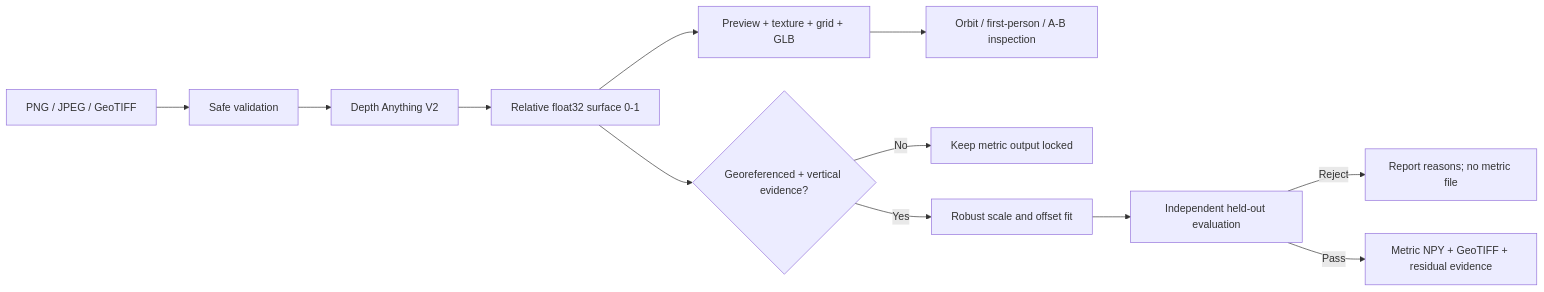
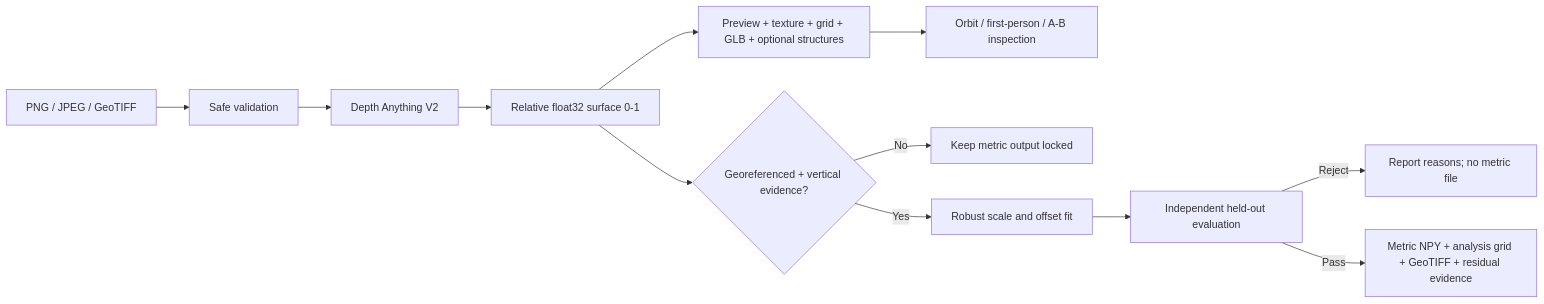
One commit to khansaudferoz23-cpu/TerraFly changed the diagram in docs/cookbook/TERRAFLY_COOKBOOK.md. Above: the diagram before and after it, drawn with Mermaid. The commit also changed other lines of this file and 29 other files, not shown here.

````diff
--- a/docs/cookbook/TERRAFLY_COOKBOOK.md
+++ b/docs/cookbook/TERRAFLY_COOKBOOK.md
@@ -37,14 +37,14 @@
 ```mermaid
 flowchart LR
     A[PNG / JPEG / GeoTIFF] --> B[Safe validation]
     B --> C[Depth Anything V2]
     C --> D[Relative float32 surface 0-1]
-    D --> E[Preview + texture + grid + GLB]
+    D --> E[Preview + texture + grid + GLB + optional structures]
     E --> F[Orbit / first-person / A-B inspection]
     D --> G{Georeferenced + vertical evidence?}
     G -- No --> H[Keep metric output locked]
     G -- Yes --> I[Robust scale and offset fit]
     I --> J[Independent held-out evaluation]
     J -- Reject --> K[Report reasons; no metric file]
-    J -- Pass --> L[Metric NPY + GeoTIFF + residual evidence]
+    J -- Pass --> L[Metric NPY + analysis grid + GeoTIFF + residual evidence]
 ```
````
